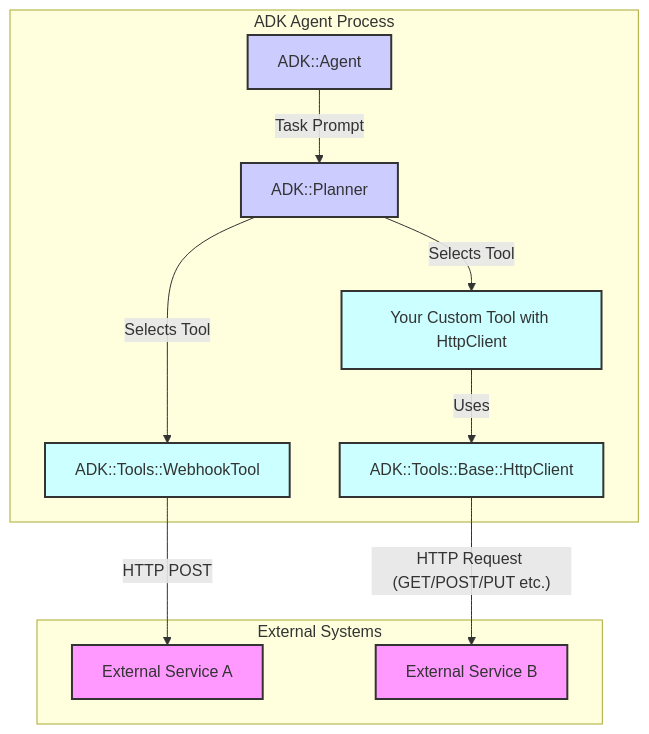
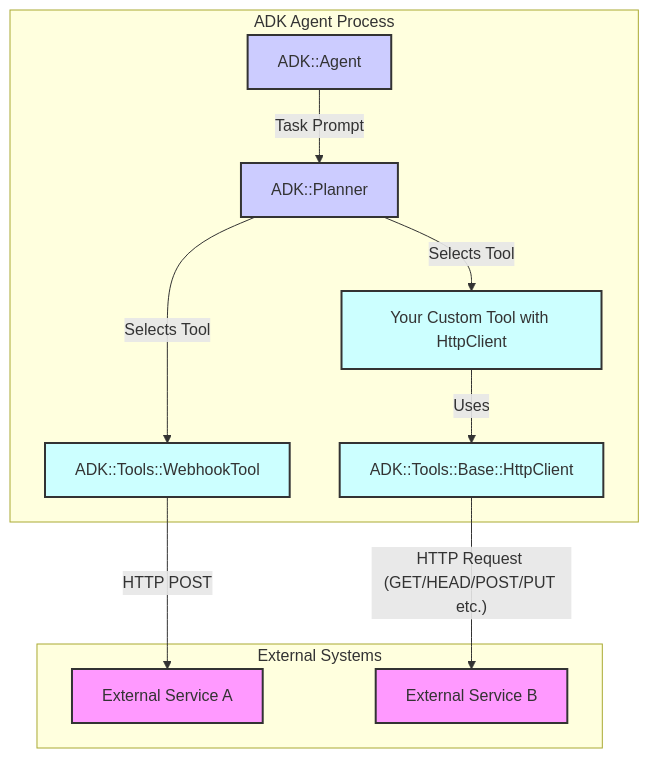
Before and after one commit to tweibley/legate: the diagram in public/docs/guides/sending_outbound_webhooks.md, drawn with Mermaid. The commit also changed other lines of this file and 2 other files, not shown here.

Commit message:
Improve HTTP client module documentation
- Add detailed inline documentation for HttpClient module
- Update http_client_usage.md guide with clearer examples
- Fix minor issues in sending_outbound_webhooks.md guide

````diff
--- a/public/docs/guides/sending_outbound_webhooks.md
+++ b/public/docs/guides/sending_outbound_webhooks.md
@@ -9,31 +9,31 @@
 ```mermaid
 graph TD
     subgraph ADK Agent Process
         Agent[ADK::Agent]
         Planner[ADK::Planner]
         WebhookTool[ADK::Tools::WebhookTool]
         CustomTool[Your Custom Tool with HttpClient]
         HttpClient[ADK::Tools::Base::HttpClient]
 
         Agent -- Task Prompt --> Planner
         Planner -- Selects Tool --> WebhookTool
         Planner -- Selects Tool --> CustomTool
         CustomTool -- Uses --> HttpClient
     end
 
     subgraph External Systems
         ExternalService1[External Service A]
         ExternalService2[External Service B]
     end
 
     WebhookTool -- HTTP POST --> ExternalService1
-    HttpClient -- HTTP Request (GET/POST/PUT etc.) --> ExternalService2
+    HttpClient -- HTTP Request (GET/HEAD/POST/PUT etc.) --> ExternalService2
 
     style Agent fill:#ccf,stroke:#333,stroke-width:2px
     style Planner fill:#ccf,stroke:#333,stroke-width:2px
     style WebhookTool fill:#cff,stroke:#333,stroke-width:2px
     style CustomTool fill:#cff,stroke:#333,stroke-width:2px
     style HttpClient fill:#cff,stroke:#333,stroke-width:2px
     style ExternalService1 fill:#f9f,stroke:#333,stroke-width:2px
     style ExternalService2 fill:#f9f,stroke:#333,stroke-width:2px
 ```
````
